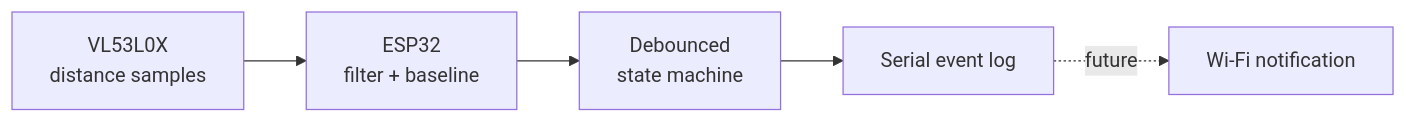
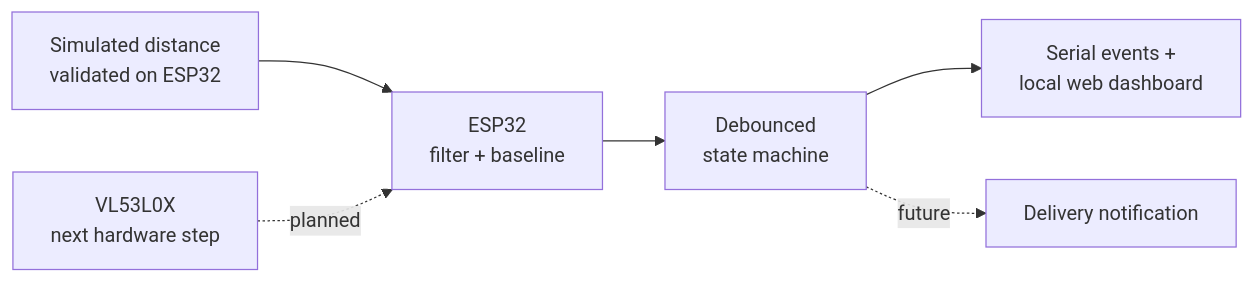
The diagram in README.md (jonathanliyou0623-wq/smart-package-detector), drawn with Mermaid before and after one commit. The commit also changed other lines of this file and 13 other files, not shown here.

````diff
--- a/README.md
+++ b/README.md
@@ -18,7 +37,8 @@
 ```mermaid
 flowchart LR
-    A[VL53L0X<br/>distance samples] --> B[ESP32<br/>filter + baseline]
+    S[Simulated distance<br/>validated on ESP32] --> B[ESP32<br/>filter + baseline]
+    A[VL53L0X<br/>next hardware step] -. planned .-> B
     B --> C[Debounced<br/>state machine]
-    C --> D[Serial event log]
-    D -. future .-> E[Wi-Fi notification]
+    C --> D[Serial events +<br/>local web dashboard]
+    C -. future .-> E[Delivery notification]
 ```
````
